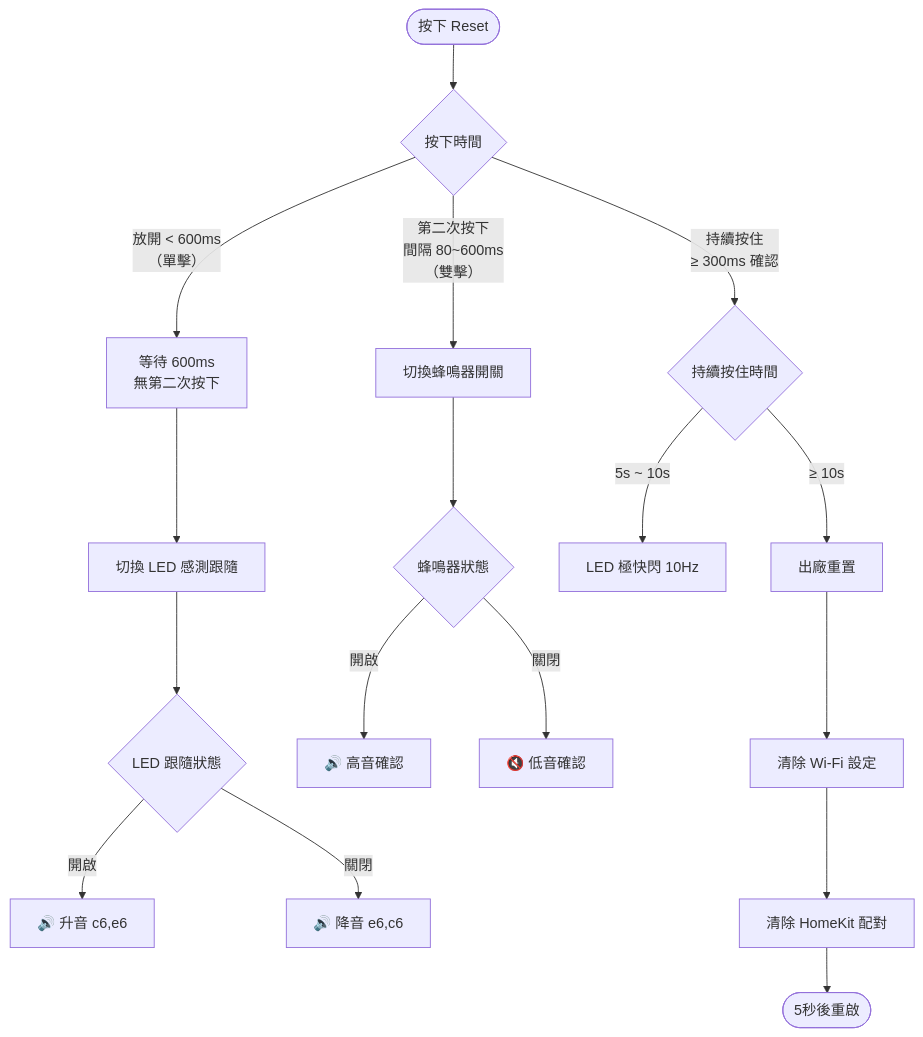
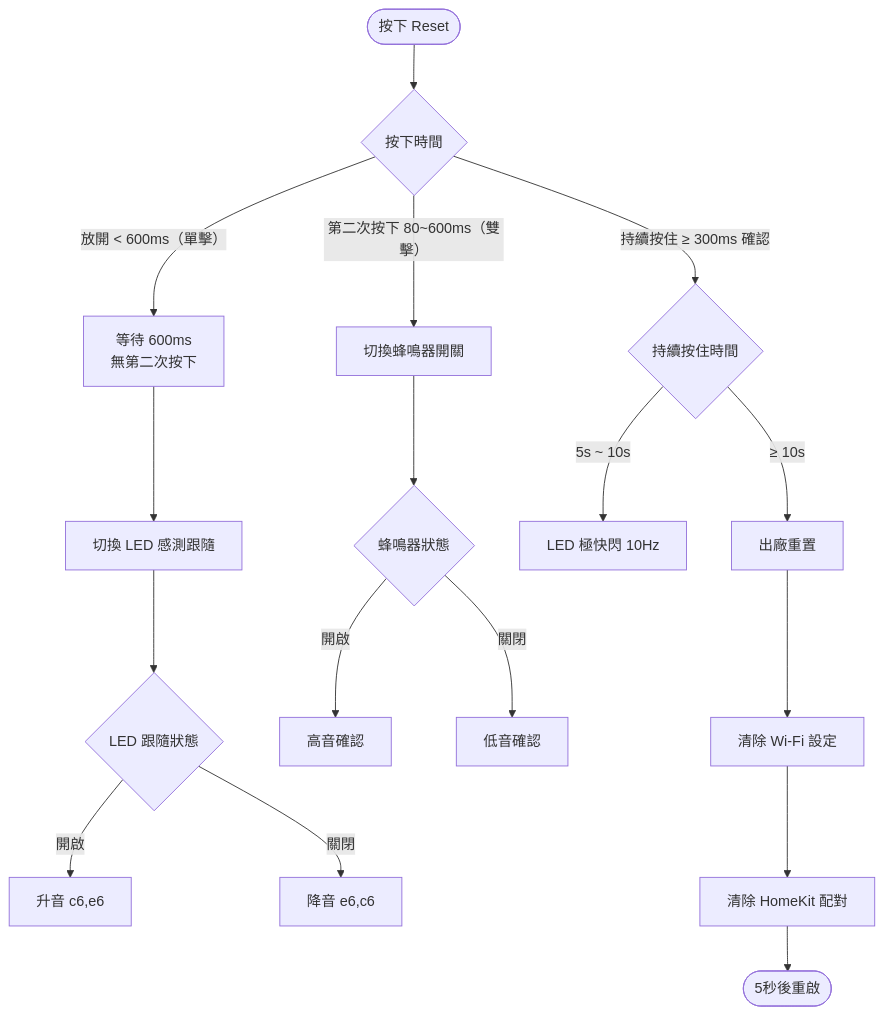
One commit to Billtou/public changed the fourth of 5 diagrams in Motion_One_Plus/homekit/README.md. Above: the diagram before and after it, drawn with Mermaid. The commit also changed other lines of this file, not shown here.

````diff
--- a/Motion_One_Plus/homekit/README.md
+++ b/Motion_One_Plus/homekit/README.md
@@ -169,22 +169,22 @@
 ```mermaid
 flowchart TD
     A([按下 Reset]) --> B{按下時間}
 
-    B -- "放開 < 600ms\n（單擊）" --> C[等待 600ms\n無第二次按下]
+    B -- "放開 < 600ms（單擊）" --> C[等待 600ms<br/>無第二次按下]
     C --> D[切換 LED 感測跟隨]
     D --> E{LED 跟隨狀態}
-    E -- 開啟 --> F[🔊 升音 c6,e6]
-    E -- 關閉 --> G[🔊 降音 e6,c6]
+    E -- 開啟 --> F[升音 c6,e6]
+    E -- 關閉 --> G[降音 e6,c6]
 
-    B -- "第二次按下\n間隔 80~600ms\n（雙擊）" --> H[切換蜂鳴器開關]
+    B -- "第二次按下 80~600ms（雙擊）" --> H[切換蜂鳴器開關]
     H --> I{蜂鳴器狀態}
-    I -- 開啟 --> J[🔊 高音確認]
-    I -- 關閉 --> K[🔇 低音確認]
+    I -- 開啟 --> J[高音確認]
+    I -- 關閉 --> K[低音確認]
 
-    B -- "持續按住\n≥ 300ms 確認" --> L{持續按住時間}
+    B -- "持續按住 ≥ 300ms 確認" --> L{持續按住時間}
     L -- "5s ~ 10s" --> M[LED 極快閃 10Hz]
     L -- "≥ 10s" --> N[出廠重置]
     N --> O[清除 Wi-Fi 設定]
     O --> P[清除 HomeKit 配對]
     P --> Q([5秒後重啟])
 ```
````
